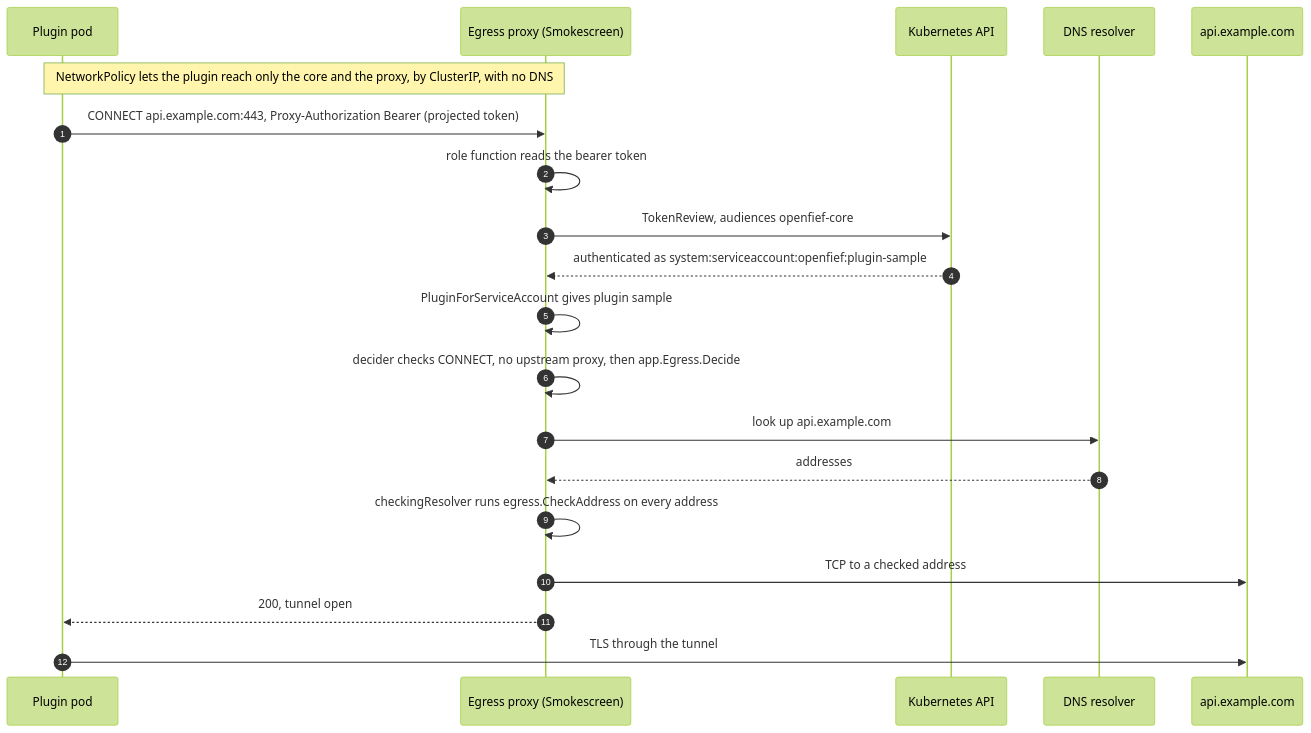
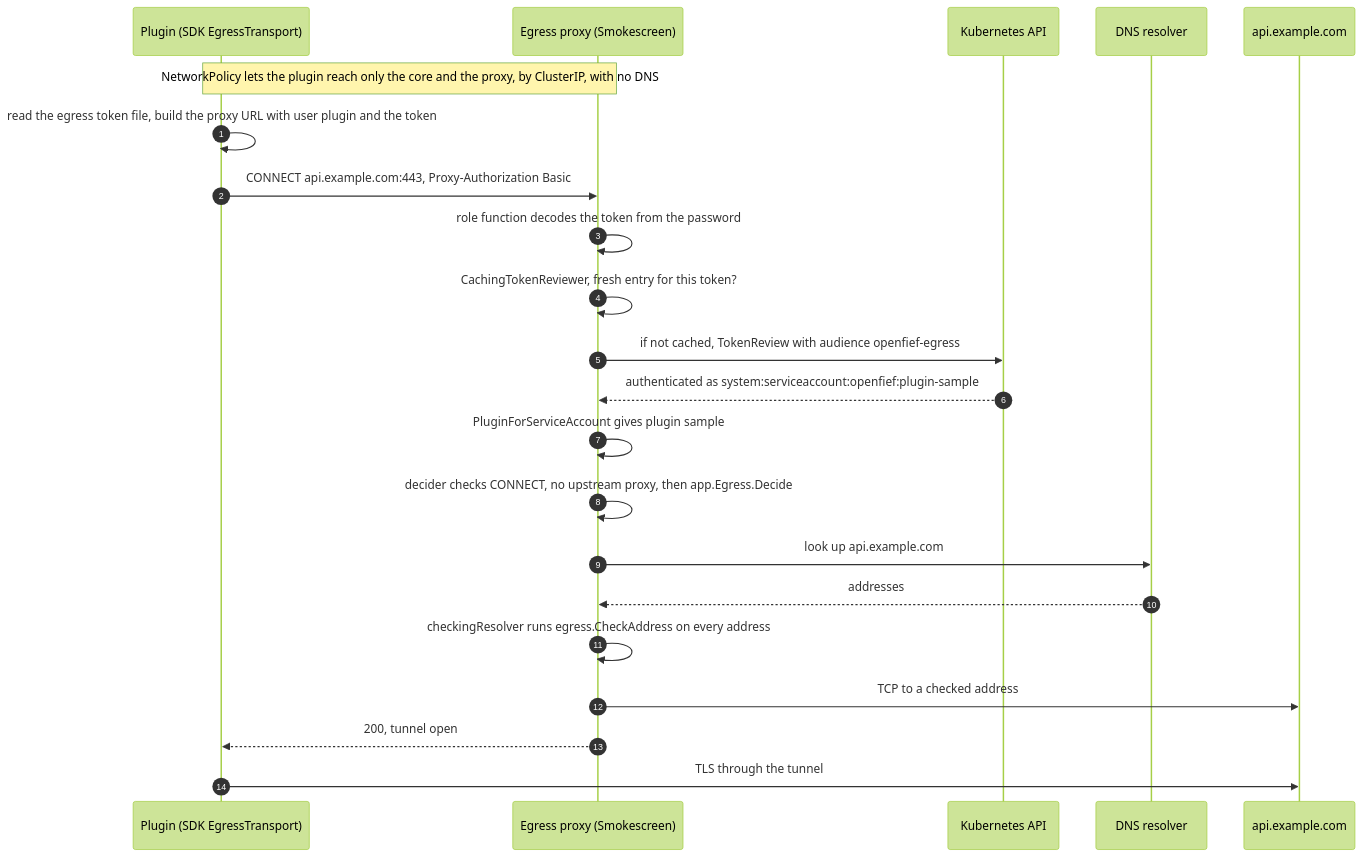
The first of 2 diagrams in docs/concepts/egress.md (arkadiuss/openfief), drawn with Mermaid (forest theme) before and after one commit. The commit also changed other lines of this file and 5 other files, not shown here.

First line of the commit message:
docs: bring architecture and concept pages up to main

````diff
--- a/docs/concepts/egress.md
+++ b/docs/concepts/egress.md
@@ -45,22 +51,24 @@
 ```mermaid
 sequenceDiagram
   autonumber
-  participant P as Plugin pod
+  participant P as Plugin (SDK EgressTransport)
   participant X as Egress proxy (Smokescreen)
   participant K as Kubernetes API
   participant R as DNS resolver
   participant E as api.example.com
   Note over P,X: NetworkPolicy lets the plugin reach only the core and the proxy, by ClusterIP, with no DNS
-  P->>X: CONNECT api.example.com:443, Proxy-Authorization Bearer (projected token)
-  X->>X: role function reads the bearer token
-  X->>K: TokenReview, audiences openfief-core
+  P->>P: read the egress token file, build the proxy URL with user plugin and the token
+  P->>X: CONNECT api.example.com:443, Proxy-Authorization Basic
+  X->>X: role function decodes the token from the password
+  X->>X: CachingTokenReviewer, fresh entry for this token?
+  X->>K: if not cached, TokenReview with audience openfief-egress
   K-->>X: authenticated as system:serviceaccount:openfief:plugin-sample
   X->>X: PluginForServiceAccount gives plugin sample
   X->>X: decider checks CONNECT, no upstream proxy, then app.Egress.Decide
   X->>R: look up api.example.com
   R-->>X: addresses
   X->>X: checkingResolver runs egress.CheckAddress on every address
   X->>E: TCP to a checked address
   X-->>P: 200, tunnel open
   P->>E: TLS through the tunnel
 ```
````
